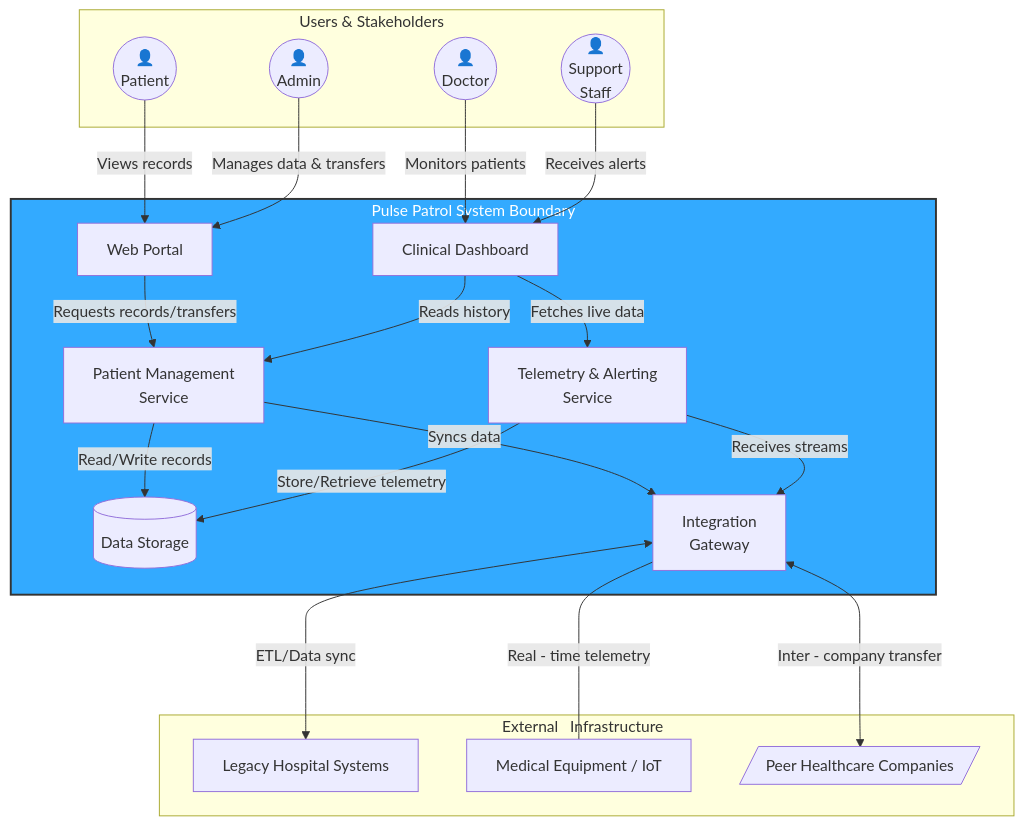
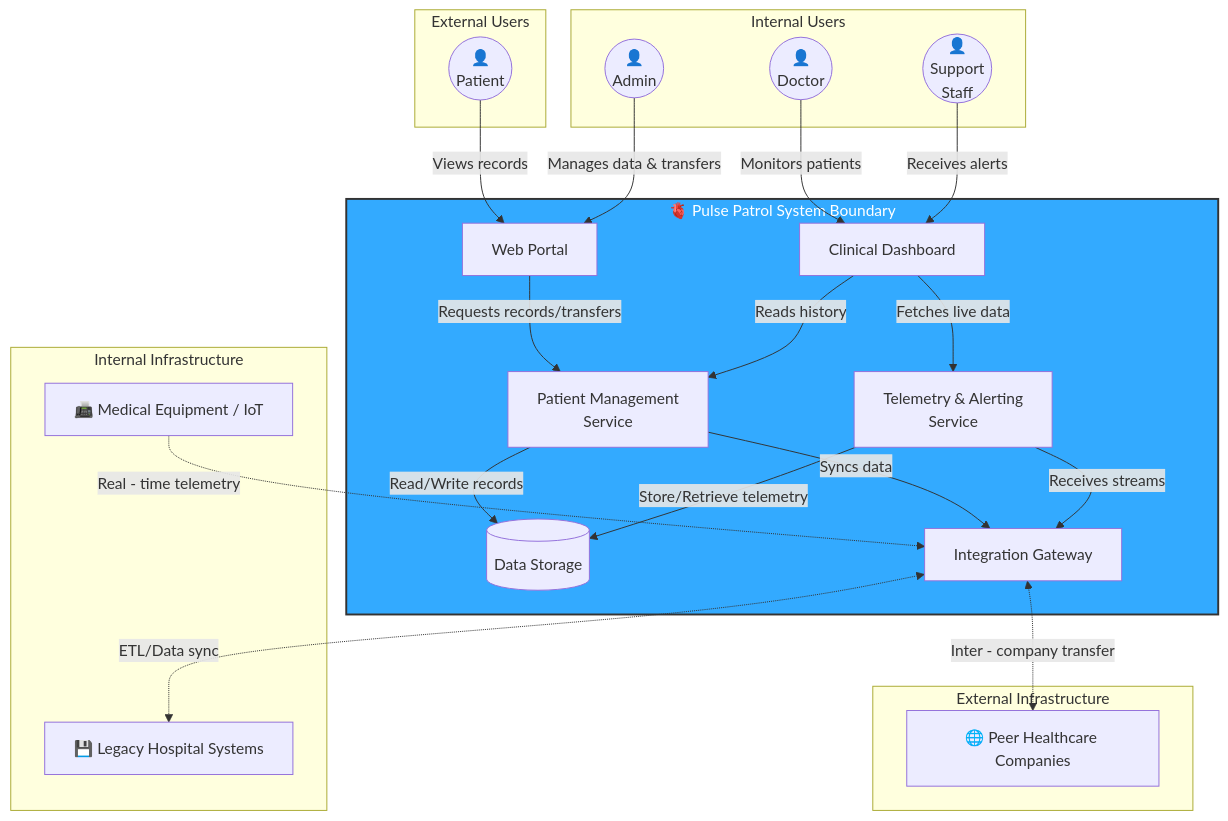
Before and after one commit to iugori/pulse-patrol: the second of 8 diagrams in docs/ard-v2.1.md, drawn with Mermaid. The commit also changed other lines of this file, not shown here.

Commit message:
fix: clear separation between external and internal dependencies

````diff
--- a/docs/ard-v2.1.md
+++ b/docs/ard-v2.1.md
@@ -231,46 +237,53 @@
 ```mermaid
 graph TB
-    subgraph External_Actors [Users & Stakeholders]
+    subgraph External_Actors ["External Users"]
         Patient(("👤<br/>Patient"))
+    end
+
+    subgraph Internal_Actors ["Internal Users"]
         Admin(("👤<br/>Admin"))
         Doctor(("👤<br/>Doctor"))
         Support(("👤<br/>Support<br/>Staff"))
     end
 
-    subgraph Pulse_Patrol_System [Pulse Patrol System Boundary]
+    subgraph Pulse_Patrol_System ["🫀 Pulse Patrol System Boundary"]
         Portal[Web Portal]
         Dashboard[Clinical Dashboard]
         PMS[Patient Management<br />Service]
         TAS[Telemetry & Alerting<br />Service]
         Storage[(Data Storage)]
-        Gateway[Integration<br />Gateway]
+        Gateway["Integration Gateway"]
     end
 
-    subgraph External_Systems [External &nbsp Infrastructure &nbsp]
-        Legacy[Legacy Hospital Systems]
-        Equipment[Medical Equipment / IoT]
-        Peer[/Peer Healthcare Companies/]
+    subgraph External_Systems [External Infrastructure]
+        Peer["🌐 Peer Healthcare Companies"]
+    end
+
+    subgraph Internal_Systems [Internal Infrastructure]
+        Equipment["📠 Medical Equipment / IoT"]
+        Legacy["💾 Legacy Hospital Systems"]
     end
 
 %% User Interactions
     Patient -->|Views records| Portal
     Admin -->|Manages data & transfers| Portal
     Doctor -->|Monitors patients| Dashboard
     Support -->|Receives alerts| Dashboard
 %% Internal Routing
     Portal -->|Requests records/transfers| PMS
     Dashboard -->|Fetches live data| TAS
     Dashboard -->|Reads history| PMS
 %% Core Logic to Storage
     PMS -->|Read/Write records| Storage
     TAS -->|Store/Retrieve telemetry| Storage
 %% Integration Logic
     PMS -->|Syncs data| Gateway
     TAS -->|Receives streams| Gateway
 %% External System Connections
+    Gateway <-->|Inter - company transfer| Peer
+    Equipment -->|Real - time telemetry| Gateway
     Gateway <-->|ETL/Data sync| Legacy
-    Gateway <---|Real - time telemetry| Equipment
-    Gateway <-->|Inter - company transfer| Peer
 %% Grouping Styling
     style Pulse_Patrol_System fill: #33aaff, color: #fff, stroke: #333, stroke-width: 2px
+    linkStyle 11,12,13 stroke-dasharray:1
 ```
````
